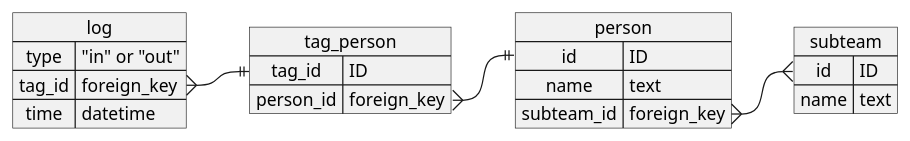
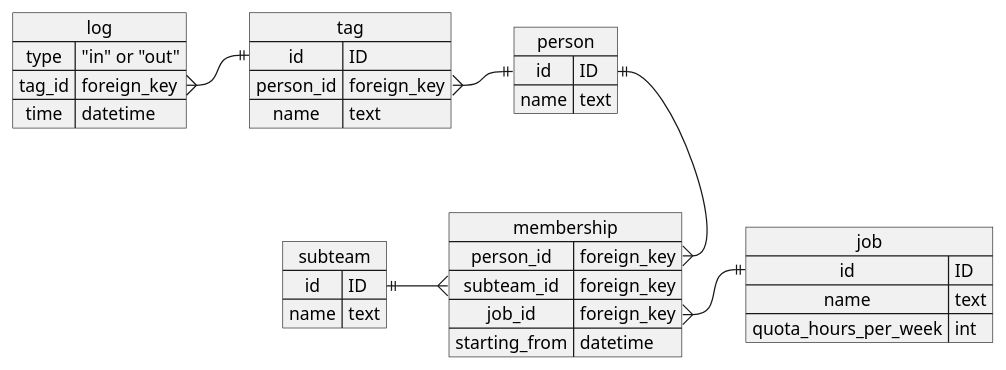
Before and after one commit to jarkad/roboteam-door-tracker: the diagram in schema.puml, drawn with PlantUML.

Commit message:
schema: add membership & job tables

```diff
--- a/schema.puml
+++ b/schema.puml
@@ -1,30 +1,45 @@
 @startuml
 
 map log {
 	type => "in" or "out"
 	tag_id => foreign_key
 	time => datetime
 }
 
-map tag_person {
-	tag_id => ID
+map tag {
+	id => ID
 	person_id => foreign_key
+	name => text
 }
 
 map person {
 	id => ID
 	name => text
+}
+
+map membership {
+	person_id => foreign_key
 	subteam_id => foreign_key
+	job_id => foreign_key
+	starting_from => datetime
 }
 
 map subteam {
 	id => ID
 	name => text
 }
 
-log::tag_id           }-|| tag_person::tag_id
-tag_person::person_id }-|| person::id
+map job {
+	id => ID
+	name => text
+	quota_hours_per_week => int
+}
 
-person::subteam_id }-{ subteam::id
+log::tag_id		}-||	tag::id
+tag::person_id		}-||	person::id
+
+membership::person_id	}-u-||	person::id
+membership::subteam_id	}-l-||	subteam::id
+membership::job_id	}-||	job::id
 
 @enduml
```
